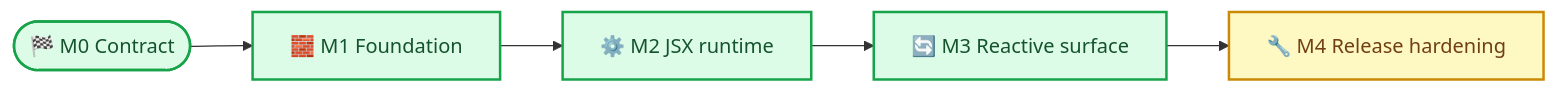
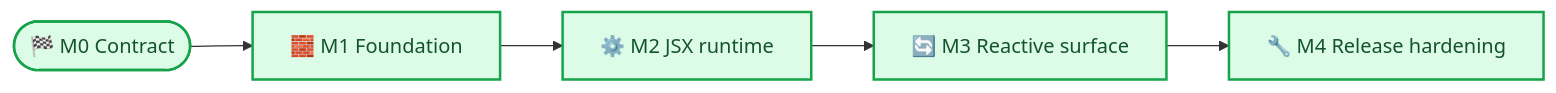
Before and after one commit to vyquocvu/rillio: the diagram in ROADMAP.md, drawn with Mermaid. The commit also changed other lines of this file and 33 other files, not shown here.

````diff
--- a/ROADMAP.md
+++ b/ROADMAP.md
@@ -33,16 +34,15 @@
 ```mermaid
 flowchart LR
     accTitle: Flat Index migration milestones
     accDescr: The migration progresses from contract and registry invariants through JSX and reactive adoption before release hardening.
 
     m0([🏁 M0 Contract]) --> m1[🧱 M1 Foundation]
     m1 --> m2[⚙️ M2 JSX runtime]
     m2 --> m3[🔄 M3 Reactive surface]
     m3 --> m4[🔧 M4 Release hardening]
 
     classDef complete fill:#dcfce7,stroke:#16a34a,stroke-width:2px,color:#14532d
     classDef next fill:#fef9c3,stroke:#ca8a04,stroke-width:2px,color:#713f12
 
-    class m0,m1,m2,m3 complete
-    class m4 next
+    class m0,m1,m2,m3,m4 complete
 ```
````
